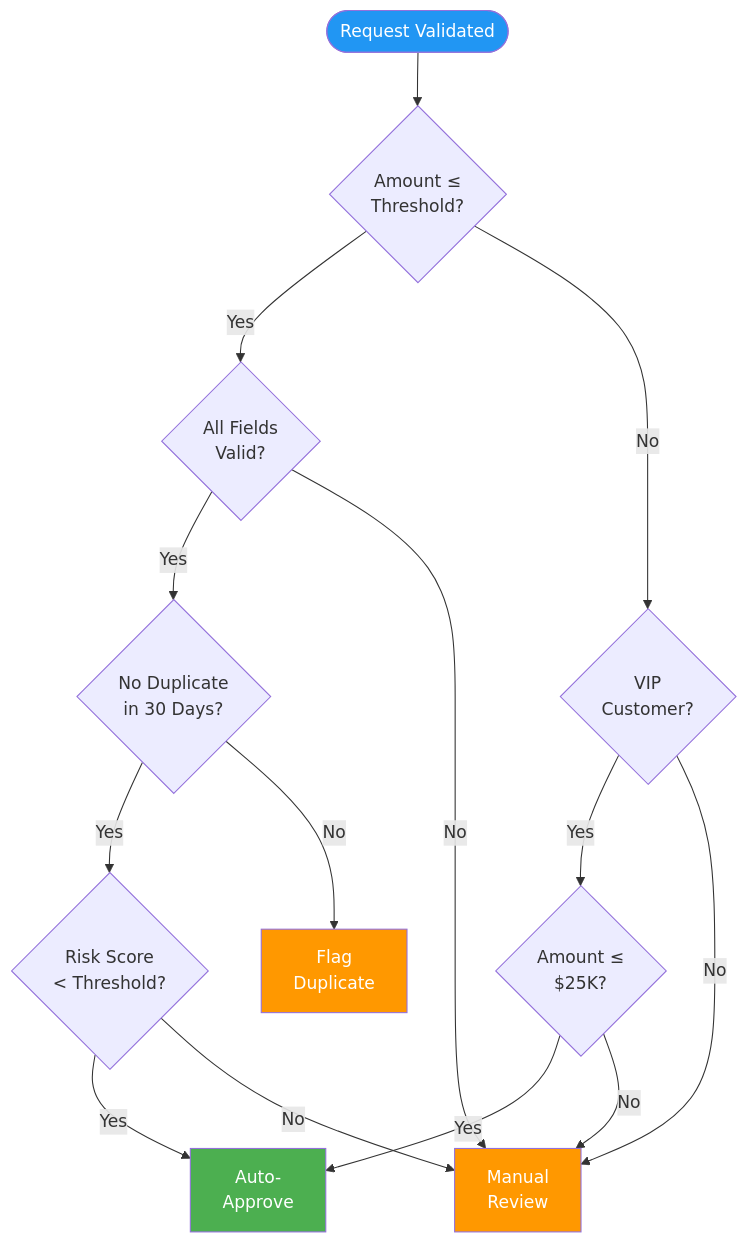
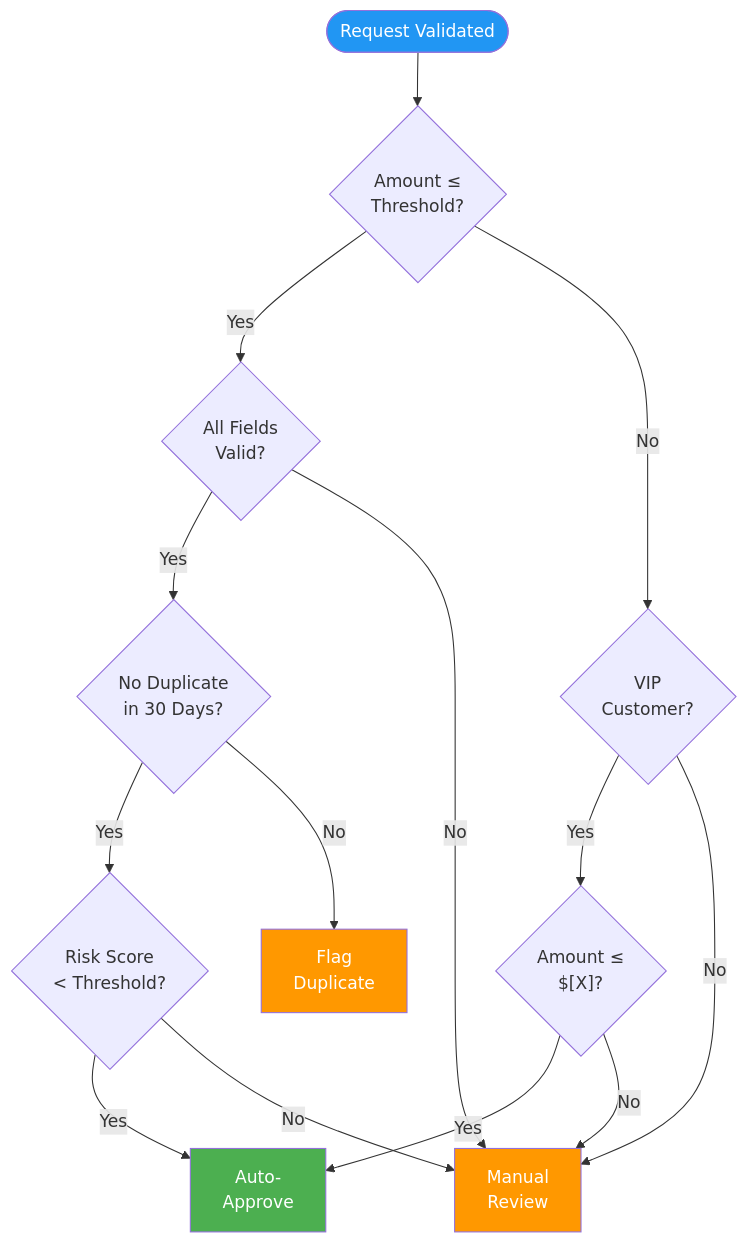
Before and after one commit to oat431/swe-knowledge: the second of 2 diagrams in document-template/04_Requirements_Engineering/Decision-Tables-Trees.md, drawn with Mermaid. The commit also changed other lines of this file and 50 other files, not shown here.

````diff
--- a/document-template/04_Requirements_Engineering/Decision-Tables-Trees.md
+++ b/document-template/04_Requirements_Engineering/Decision-Tables-Trees.md
@@ -141,21 +141,21 @@
 ```mermaid
 flowchart TD
     START([Request Validated]) --> AMT{Amount ≤<br>Threshold?}
     AMT -->|Yes| FIELDS{All Fields<br>Valid?}
     AMT -->|No| VIP{VIP<br>Customer?}
     FIELDS -->|Yes| DUP{No Duplicate<br>in 30 Days?}
     FIELDS -->|No| MANUAL[Manual<br>Review]
-    VIP -->|Yes| VIP_AMT{Amount ≤<br>$25K?}
+    VIP -->|Yes| VIP_AMT{"Amount ≤<br>$[X]?"}
     VIP -->|No| MANUAL
     VIP_AMT -->|Yes| APPROVE[Auto-<br>Approve]
     VIP_AMT -->|No| MANUAL
     DUP -->|Yes| RISK{Risk Score<br>< Threshold?}
     DUP -->|No| FLAG[Flag<br>Duplicate]
     RISK -->|Yes| APPROVE
     RISK -->|No| MANUAL
 
     style START fill:#2196F3,color:#fff
     style APPROVE fill:#4CAF50,color:#fff
     style MANUAL fill:#FF9800,color:#fff
     style FLAG fill:#FF9800,color:#fff
 ```
````
